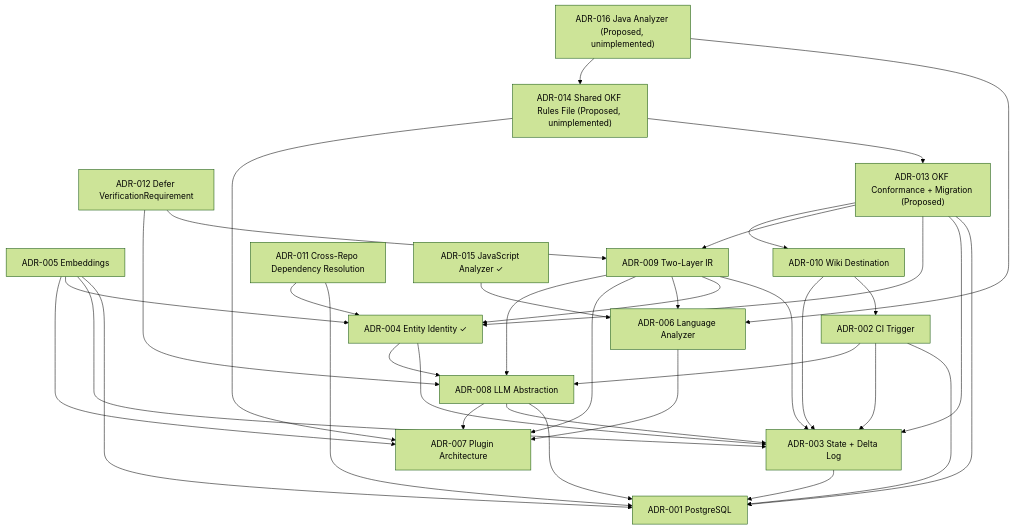
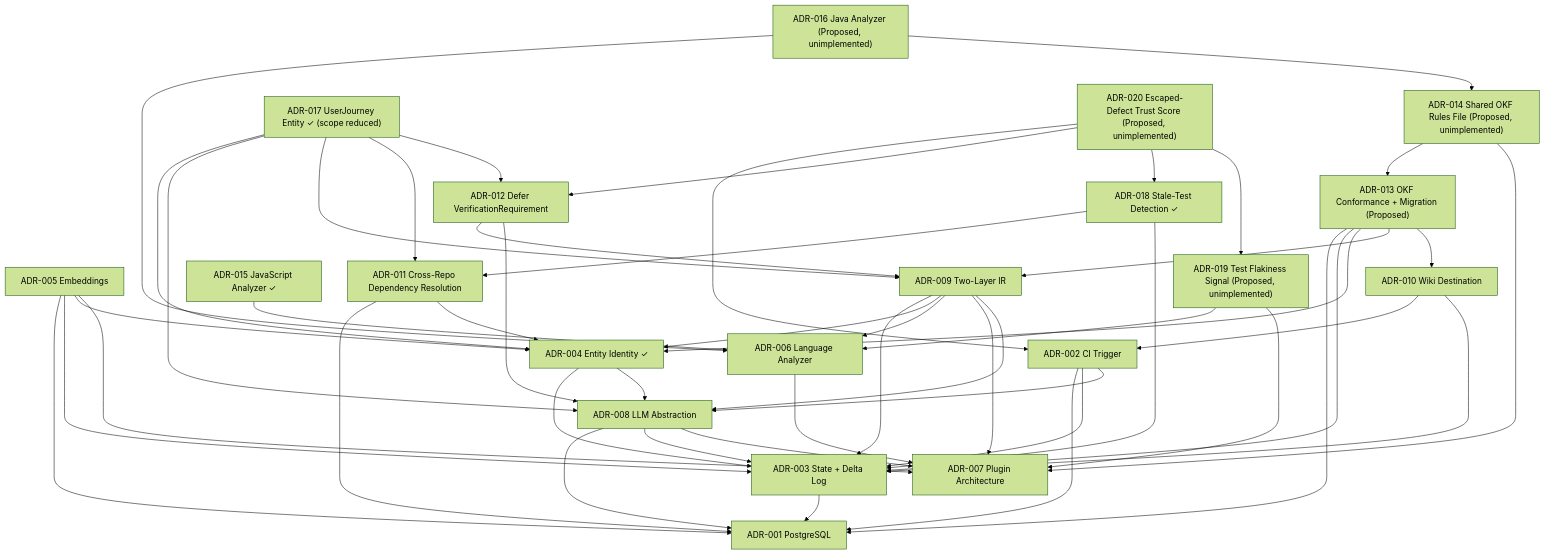
Before and after one commit to kushal-omnius/open-knowledge-compiler: the diagram in docs/decisions/index.md, drawn with Mermaid (forest theme). The commit also changed other lines of this file and 24 other files, not shown here.

````diff
--- a/docs/decisions/index.md
+++ b/docs/decisions/index.md
@@ -139,38 +171,51 @@
 ```mermaid
 graph TD
     ADR002["ADR-002 CI Trigger"] --> ADR001["ADR-001 PostgreSQL"]
     ADR002 --> ADR003["ADR-003 State + Delta Log"]
     ADR002 --> ADR008["ADR-008 LLM Abstraction"]
     ADR003 --> ADR001
     ADR004["ADR-004 Entity Identity ✓"] --> ADR003
     ADR004 --> ADR008
     ADR005["ADR-005 Embeddings"] --> ADR001
     ADR005 --> ADR003
     ADR005 --> ADR004
     ADR005 --> ADR007["ADR-007 Plugin Architecture"]
     ADR006["ADR-006 Language Analyzer"] --> ADR007
     ADR008 --> ADR001
     ADR008 --> ADR003
     ADR008 --> ADR007
     ADR009["ADR-009 Two-Layer IR"] --> ADR003
     ADR009 --> ADR004
     ADR009 --> ADR006
     ADR009 --> ADR007
     ADR009 --> ADR008
     ADR010["ADR-010 Wiki Destination"] --> ADR002
     ADR010 --> ADR003
     ADR011["ADR-011 Cross-Repo Dependency Resolution"] --> ADR001
     ADR011 --> ADR004
     ADR012["ADR-012 Defer VerificationRequirement"] --> ADR009
     ADR012 --> ADR008
     ADR013["ADR-013 OKF Conformance + Migration (Proposed)"] --> ADR001
     ADR013 --> ADR003
     ADR013 --> ADR004
     ADR013 --> ADR009
     ADR013 --> ADR010
     ADR014["ADR-014 Shared OKF Rules File (Proposed, unimplemented)"] --> ADR013
     ADR014 --> ADR007
     ADR015["ADR-015 JavaScript Analyzer ✓"] --> ADR006
     ADR016["ADR-016 Java Analyzer (Proposed, unimplemented)"] --> ADR006
     ADR016 --> ADR014
+    ADR017["ADR-017 UserJourney Entity ✓ (scope reduced)"] --> ADR004
+    ADR017 --> ADR008
+    ADR017 --> ADR009
+    ADR017 --> ADR011
+    ADR017 --> ADR012
+    ADR018["ADR-018 Stale-Test Detection ✓"] --> ADR011
+    ADR018 --> ADR003
+    ADR019["ADR-019 Test Flakiness Signal (Proposed, unimplemented)"] --> ADR006
+    ADR019 --> ADR007
+    ADR020["ADR-020 Escaped-Defect Trust Score (Proposed, unimplemented)"] --> ADR002
+    ADR020 --> ADR012
+    ADR020 --> ADR018
+    ADR020 --> ADR019
 ```
````
